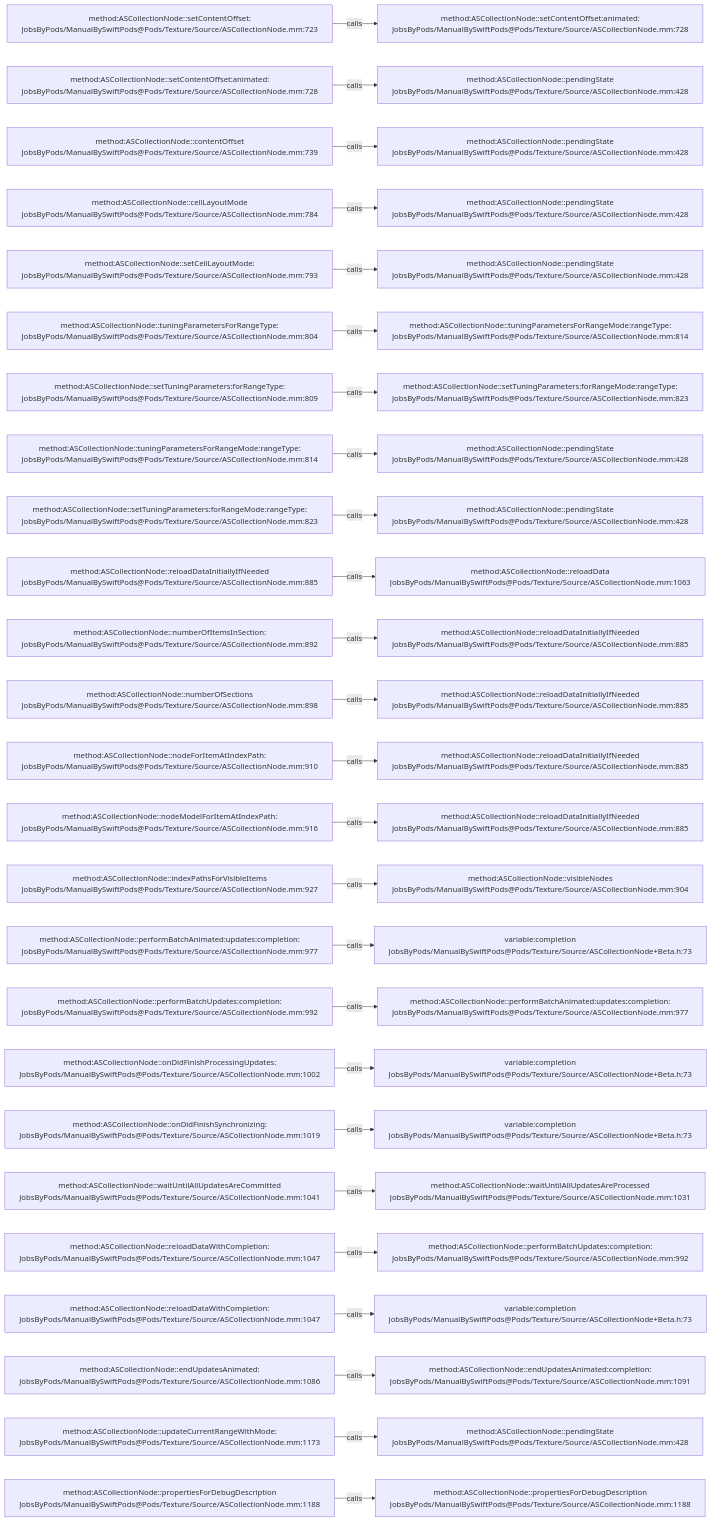
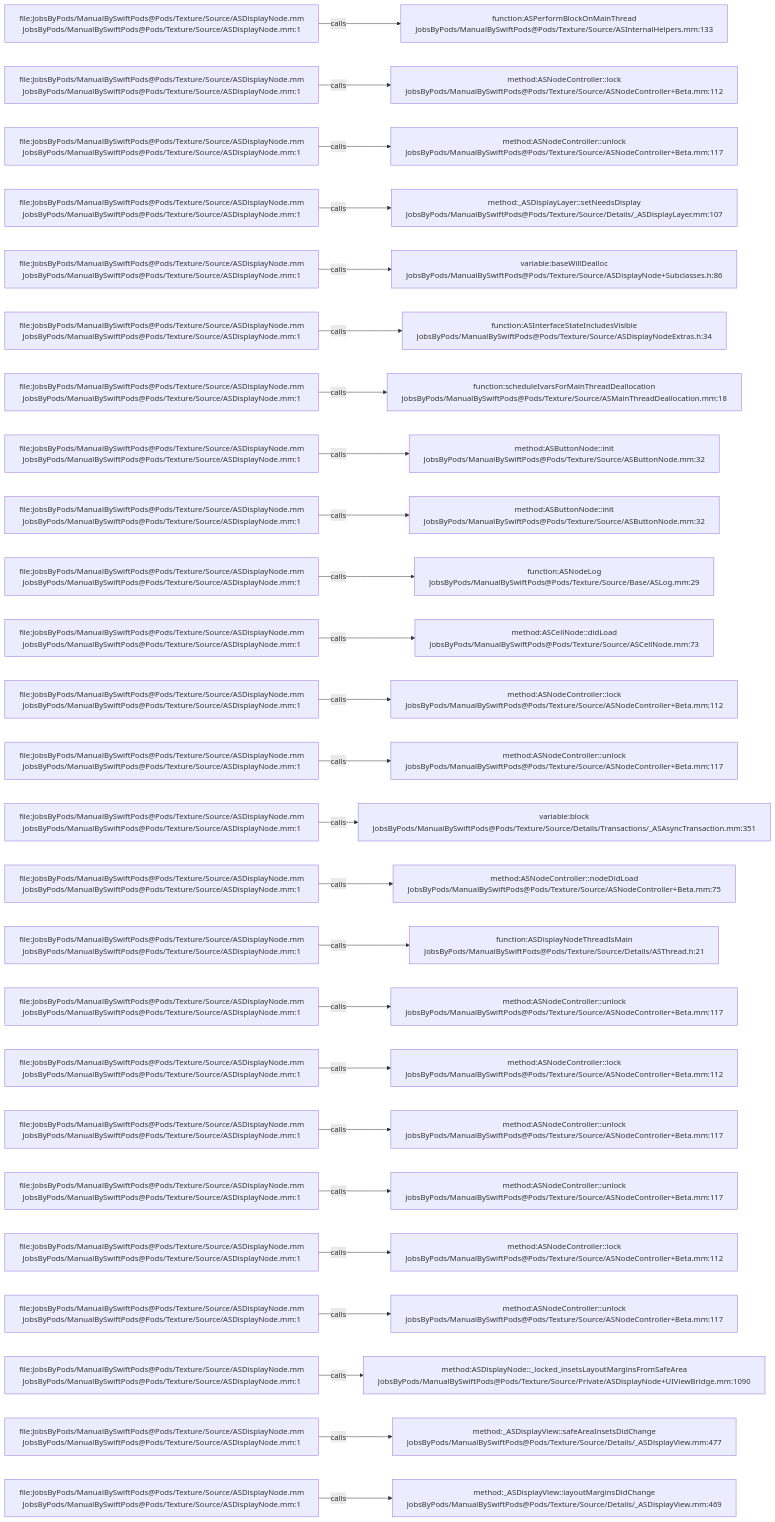
Before and after one commit to JobsKits/JobsSwiftBaseConfigDemo: the diagram in .codegraph/codegraph.md/graphs/calls-028.md, drawn with Mermaid. The commit also changed 832 other files, not shown here.

````diff
--- a/.codegraph/codegraph.md/graphs/calls-028.md
+++ b/.codegraph/codegraph.md/graphs/calls-028.md
@@ -13,78 +13,78 @@
 ```mermaid
 flowchart LR
-  S1["method:ASCollectionNode::setContentOffset:<br/>JobsByPods/ManualBySwiftPods@Pods/Texture/Source/ASCollectionNode.mm:723"]
-  T1["method:ASCollectionNode::setContentOffset:animated:<br/>JobsByPods/ManualBySwiftPods@Pods/Texture/Source/ASCollectionNode.mm:728"]
+  S1["file:JobsByPods/ManualBySwiftPods@Pods/Texture/Source/ASDisplayNode.mm<br/>JobsByPods/ManualBySwiftPods@Pods/Texture/Source/ASDisplayNode.mm:1"]
+  T1["function:ASPerformBlockOnMainThread<br/>JobsByPods/ManualBySwiftPods@Pods/Texture/Source/ASInternalHelpers.mm:133"]
   S1 -->|calls| T1
-  S2["method:ASCollectionNode::setContentOffset:animated:<br/>JobsByPods/ManualBySwiftPods@Pods/Texture/Source/ASCollectionNode.mm:728"]
-  T2["method:ASCollectionNode::pendingState<br/>JobsByPods/ManualBySwiftPods@Pods/Texture/Source/ASCollectionNode.mm:428"]
+  S2["file:JobsByPods/ManualBySwiftPods@Pods/Texture/Source/ASDisplayNode.mm<br/>JobsByPods/ManualBySwiftPods@Pods/Texture/Source/ASDisplayNode.mm:1"]
+  T2["method:ASNodeController::lock<br/>JobsByPods/ManualBySwiftPods@Pods/Texture/Source/ASNodeController+Beta.mm:112"]
   S2 -->|calls| T2
-  S3["method:ASCollectionNode::contentOffset<br/>JobsByPods/ManualBySwiftPods@Pods/Texture/Source/ASCollectionNode.mm:739"]
-  T3["method:ASCollectionNode::pendingState<br/>JobsByPods/ManualBySwiftPods@Pods/Texture/Source/ASCollectionNode.mm:428"]
+  S3["file:JobsByPods/ManualBySwiftPods@Pods/Texture/Source/ASDisplayNode.mm<br/>JobsByPods/ManualBySwiftPods@Pods/Texture/Source/ASDisplayNode.mm:1"]
+  T3["method:ASNodeController::unlock<br/>JobsByPods/ManualBySwiftPods@Pods/Texture/Source/ASNodeController+Beta.mm:117"]
   S3 -->|calls| T3
-  S4["method:ASCollectionNode::cellLayoutMode<br/>JobsByPods/ManualBySwiftPods@Pods/Texture/Source/ASCollectionNode.mm:784"]
-  T4["method:ASCollectionNode::pendingState<br/>JobsByPods/ManualBySwiftPods@Pods/Texture/Source/ASCollectionNode.mm:428"]
+  S4["file:JobsByPods/ManualBySwiftPods@Pods/Texture/Source/ASDisplayNode.mm<br/>JobsByPods/ManualBySwiftPods@Pods/Texture/Source/ASDisplayNode.mm:1"]
+  T4["method:_ASDisplayLayer::setNeedsDisplay<br/>JobsByPods/ManualBySwiftPods@Pods/Texture/Source/Details/_ASDisplayLayer.mm:107"]
   S4 -->|calls| T4
-  S5["method:ASCollectionNode::setCellLayoutMode:<br/>JobsByPods/ManualBySwiftPods@Pods/Texture/Source/ASCollectionNode.mm:793"]
-  T5["method:ASCollectionNode::pendingState<br/>JobsByPods/ManualBySwiftPods@Pods/Texture/Source/ASCollectionNode.mm:428"]
+  S5["file:JobsByPods/ManualBySwiftPods@Pods/Texture/Source/ASDisplayNode.mm<br/>JobsByPods/ManualBySwiftPods@Pods/Texture/Source/ASDisplayNode.mm:1"]
+  T5["variable:baseWillDealloc<br/>JobsByPods/ManualBySwiftPods@Pods/Texture/Source/ASDisplayNode+Subclasses.h:86"]
   S5 -->|calls| T5
-  S6["method:ASCollectionNode::tuningParametersForRangeType:<br/>JobsByPods/ManualBySwiftPods@Pods/Texture/Source/ASCollectionNode.mm:804"]
-  T6["method:ASCollectionNode::tuningParametersForRangeMode:rangeType:<br/>JobsByPods/ManualBySwiftPods@Pods/Texture/Source/ASCollectionNode.mm:814"]
+  S6["file:JobsByPods/ManualBySwiftPods@Pods/Texture/Source/ASDisplayNode.mm<br/>JobsByPods/ManualBySwiftPods@Pods/Texture/Source/ASDisplayNode.mm:1"]
+  T6["function:ASInterfaceStateIncludesVisible<br/>JobsByPods/ManualBySwiftPods@Pods/Texture/Source/ASDisplayNodeExtras.h:34"]
   S6 -->|calls| T6
-  S7["method:ASCollectionNode::setTuningParameters:forRangeType:<br/>JobsByPods/ManualBySwiftPods@Pods/Texture/Source/ASCollectionNode.mm:809"]
-  T7["method:ASCollectionNode::setTuningParameters:forRangeMode:rangeType:<br/>JobsByPods/ManualBySwiftPods@Pods/Texture/Source/ASCollectionNode.mm:823"]
+  S7["file:JobsByPods/ManualBySwiftPods@Pods/Texture/Source/ASDisplayNode.mm<br/>JobsByPods/ManualBySwiftPods@Pods/Texture/Source/ASDisplayNode.mm:1"]
+  T7["function:scheduleIvarsForMainThreadDeallocation<br/>JobsByPods/ManualBySwiftPods@Pods/Texture/Source/ASMainThreadDeallocation.mm:18"]
   S7 -->|calls| T7
-  S8["method:ASCollectionNode::tuningParametersForRangeMode:rangeType:<br/>JobsByPods/ManualBySwiftPods@Pods/Texture/Source/ASCollectionNode.mm:814"]
-  T8["method:ASCollectionNode::pendingState<br/>JobsByPods/ManualBySwiftPods@Pods/Texture/Source/ASCollectionNode.mm:428"]
+  S8["file:JobsByPods/ManualBySwiftPods@Pods/Texture/Source/ASDisplayNode.mm<br/>JobsByPods/ManualBySwiftPods@Pods/Texture/Source/ASDisplayNode.mm:1"]
+  T8["method:ASButtonNode::init<br/>JobsByPods/ManualBySwiftPods@Pods/Texture/Source/ASButtonNode.mm:32"]
   S8 -->|calls| T8
-  S9["method:ASCollectionNode::setTuningParameters:forRangeMode:rangeType:<br/>JobsByPods/ManualBySwiftPods@Pods/Texture/Source/ASCollectionNode.mm:823"]
-  T9["method:ASCollectionNode::pendingState<br/>JobsByPods/ManualBySwiftPods@Pods/Texture/Source/ASCollectionNode.mm:428"]
+  S9["file:JobsByPods/ManualBySwiftPods@Pods/Texture/Source/ASDisplayNode.mm<br/>JobsByPods/ManualBySwiftPods@Pods/Texture/Source/ASDisplayNode.mm:1"]
+  T9["method:ASButtonNode::init<br/>JobsByPods/ManualBySwiftPods@Pods/Texture/Source/ASButtonNode.mm:32"]
   S9 -->|calls| T9
-  S10["method:ASCollectionNode::reloadDataInitiallyIfNeeded<br/>JobsByPods/ManualBySwiftPods@Pods/Texture/Source/ASCollectionNode.mm:885"]
-  T10["method:ASCollectionNode::reloadData<br/>JobsByPods/ManualBySwiftPods@Pods/Texture/Source/ASCollectionNode.mm:1063"]
+  S10["file:JobsByPods/ManualBySwiftPods@Pods/Texture/Source/ASDisplayNode.mm<br/>JobsByPods/ManualBySwiftPods@Pods/Texture/Source/ASDisplayNode.mm:1"]
+  T10["function:ASNodeLog<br/>JobsByPods/ManualBySwiftPods@Pods/Texture/Source/Base/ASLog.mm:29"]
   S10 -->|calls| T10
-  S11["method:ASCollectionNode::numberOfItemsInSection:<br/>JobsByPods/ManualBySwiftPods@Pods/Texture/Source/ASCollectionNode.mm:892"]
-  T11["method:ASCollectionNode::reloadDataInitiallyIfNeeded<br/>JobsByPods/ManualBySwiftPods@Pods/Texture/Source/ASCollectionNode.mm:885"]
+  S11["file:JobsByPods/ManualBySwiftPods@Pods/Texture/Source/ASDisplayNode.mm<br/>JobsByPods/ManualBySwiftPods@Pods/Texture/Source/ASDisplayNode.mm:1"]
+  T11["method:ASCellNode::didLoad<br/>JobsByPods/ManualBySwiftPods@Pods/Texture/Source/ASCellNode.mm:73"]
   S11 -->|calls| T11
-  S12["method:ASCollectionNode::numberOfSections<br/>JobsByPods/ManualBySwiftPods@Pods/Texture/Source/ASCollectionNode.mm:898"]
-  T12["method:ASCollectionNode::reloadDataInitiallyIfNeeded<br/>JobsByPods/ManualBySwiftPods@Pods/Texture/Source/ASCollectionNode.mm:885"]
+  S12["file:JobsByPods/ManualBySwiftPods@Pods/Texture/Source/ASDisplayNode.mm<br/>JobsByPods/ManualBySwiftPods@Pods/Texture/Source/ASDisplayNode.mm:1"]
+  T12["method:ASNodeController::lock<br/>JobsByPods/ManualBySwiftPods@Pods/Texture/Source/ASNodeController+Beta.mm:112"]
   S12 -->|calls| T12
-  S13["method:ASCollectionNode::nodeForItemAtIndexPath:<br/>JobsByPods/ManualBySwiftPods@Pods/Texture/Source/ASCollectionNode.mm:910"]
-  T13["method:ASCollectionNode::reloadDataInitiallyIfNeeded<br/>JobsByPods/ManualBySwiftPods@Pods/Texture/Source/ASCollectionNode.mm:885"]
+  S13["file:JobsByPods/ManualBySwiftPods@Pods/Texture/Source/ASDisplayNode.mm<br/>JobsByPods/ManualBySwiftPods@Pods/Texture/Source/ASDisplayNode.mm:1"]
+  T13["method:ASNodeController::unlock<br/>JobsByPods/ManualBySwiftPods@Pods/Texture/Source/ASNodeController+Beta.mm:117"]
   S13 -->|calls| T13
-  S14["method:ASCollectionNode::nodeModelForItemAtIndexPath:<br/>JobsByPods/ManualBySwiftPods@Pods/Texture/Source/ASCollectionNode.mm:916"]
-  T14["method:ASCollectionNode::reloadDataInitiallyIfNeeded<br/>JobsByPods/ManualBySwiftPods@Pods/Texture/Source/ASCollectionNode.mm:885"]
+  S14["file:JobsByPods/ManualBySwiftPods@Pods/Texture/Source/ASDisplayNode.mm<br/>JobsByPods/ManualBySwiftPods@Pods/Texture/Source/ASDisplayNode.mm:1"]
+  T14["variable:block<br/>JobsByPods/ManualBySwiftPods@Pods/Texture/Source/Details/Transactions/_ASAsyncTransaction.mm:351"]
   S14 -->|calls| T14
-  S15["method:ASCollectionNode::indexPathsForVisibleItems<br/>JobsByPods/ManualBySwiftPods@Pods/Texture/Source/ASCollectionNode.mm:927"]
-  T15["method:ASCollectionNode::visibleNodes<br/>JobsByPods/ManualBySwiftPods@Pods/Texture/Source/ASCollectionNode.mm:904"]
+  S15["file:JobsByPods/ManualBySwiftPods@Pods/Texture/Source/ASDisplayNode.mm<br/>JobsByPods/ManualBySwiftPods@Pods/Texture/Source/ASDisplayNode.mm:1"]
+  T15["method:ASNodeController::nodeDidLoad<br/>JobsByPods/ManualBySwiftPods@Pods/Texture/Source/ASNodeController+Beta.mm:75"]
   S15 -->|calls| T15
-  S16["method:ASCollectionNode::performBatchAnimated:updates:completion:<br/>JobsByPods/ManualBySwiftPods@Pods/Texture/Source/ASCollectionNode.mm:977"]
-  T16["variable:completion<br/>JobsByPods/ManualBySwiftPods@Pods/Texture/Source/ASCollectionNode+Beta.h:73"]
+  S16["file:JobsByPods/ManualBySwiftPods@Pods/Texture/Source/ASDisplayNode.mm<br/>JobsByPods/ManualBySwiftPods@Pods/Texture/Source/ASDisplayNode.mm:1"]
+  T16["function:ASDisplayNodeThreadIsMain<br/>JobsByPods/ManualBySwiftPods@Pods/Texture/Source/Details/ASThread.h:21"]
   S16 -->|calls| T16
-  S17["method:ASCollectionNode::performBatchUpdates:completion:<br/>JobsByPods/ManualBySwiftPods@Pods/Texture/Source/ASCollectionNode.mm:992"]
-  T17["method:ASCollectionNode::performBatchAnimated:updates:completion:<br/>JobsByPods/ManualBySwiftPods@Pods/Texture/Source/ASCollectionNode.mm:977"]
+  S17["file:JobsByPods/ManualBySwiftPods@Pods/Texture/Source/ASDisplayNode.mm<br/>JobsByPods/ManualBySwiftPods@Pods/Texture/Source/ASDisplayNode.mm:1"]
+  T17["method:ASNodeController::unlock<br/>JobsByPods/ManualBySwiftPods@Pods/Texture/Source/ASNodeController+Beta.mm:117"]
   S17 -->|calls| T17
-  S18["method:ASCollectionNode::onDidFinishProcessingUpdates:<br/>JobsByPods/ManualBySwiftPods@Pods/Texture/Source/ASCollectionNode.mm:1002"]
-  T18["variable:completion<br/>JobsByPods/ManualBySwiftPods@Pods/Texture/Source/ASCollectionNode+Beta.h:73"]
+  S18["file:JobsByPods/ManualBySwiftPods@Pods/Texture/Source/ASDisplayNode.mm<br/>JobsByPods/ManualBySwiftPods@Pods/Texture/Source/ASDisplayNode.mm:1"]
+  T18["method:ASNodeController::lock<br/>JobsByPods/ManualBySwiftPods@Pods/Texture/Source/ASNodeController+Beta.mm:112"]
   S18 -->|calls| T18
-  S19["method:ASCollectionNode::onDidFinishSynchronizing:<br/>JobsByPods/ManualBySwiftPods@Pods/Texture/Source/ASCollectionNode.mm:1019"]
-  T19["variable:completion<br/>JobsByPods/ManualBySwiftPods@Pods/Texture/Source/ASCollectionNode+Beta.h:73"]
+  S19["file:JobsByPods/ManualBySwiftPods@Pods/Texture/Source/ASDisplayNode.mm<br/>JobsByPods/ManualBySwiftPods@Pods/Texture/Source/ASDisplayNode.mm:1"]
+  T19["method:ASNodeController::unlock<br/>JobsByPods/ManualBySwiftPods@Pods/Texture/Source/ASNodeController+Beta.mm:117"]
   S19 -->|calls| T19
-  S20["method:ASCollectionNode::waitUntilAllUpdatesAreCommitted<br/>JobsByPods/ManualBySwiftPods@Pods/Texture/Source/ASCollectionNode.mm:1041"]
-  T20["method:ASCollectionNode::waitUntilAllUpdatesAreProcessed<br/>JobsByPods/ManualBySwiftPods@Pods/Texture/Source/ASCollectionNode.mm:1031"]
+  S20["file:JobsByPods/ManualBySwiftPods@Pods/Texture/Source/ASDisplayNode.mm<br/>JobsByPods/ManualBySwiftPods@Pods/Texture/Source/ASDisplayNode.mm:1"]
+  T20["method:ASNodeController::unlock<br/>JobsByPods/ManualBySwiftPods@Pods/Texture/Source/ASNodeController+Beta.mm:117"]
   S20 -->|calls| T20
-  S21["method:ASCollectionNode::reloadDataWithCompletion:<br/>JobsByPods/ManualBySwiftPods@Pods/Texture/Source/ASCollectionNode.mm:1047"]
-  T21["method:ASCollectionNode::performBatchUpdates:completion:<br/>JobsByPods/ManualBySwiftPods@Pods/Texture/Source/ASCollectionNode.mm:992"]
+  S21["file:JobsByPods/ManualBySwiftPods@Pods/Texture/Source/ASDisplayNode.mm<br/>JobsByPods/ManualBySwiftPods@Pods/Texture/Source/ASDisplayNode.mm:1"]
+  T21["method:ASNodeController::lock<br/>JobsByPods/ManualBySwiftPods@Pods/Texture/Source/ASNodeController+Beta.mm:112"]
   S21 -->|calls| T21
-  S22["method:ASCollectionNode::reloadDataWithCompletion:<br/>JobsByPods/ManualBySwiftPods@Pods/Texture/Source/ASCollectionNode.mm:1047"]
-  T22["variable:completion<br/>JobsByPods/ManualBySwiftPods@Pods/Texture/Source/ASCollectionNode+Beta.h:73"]
+  S22["file:JobsByPods/ManualBySwiftPods@Pods/Texture/Source/ASDisplayNode.mm<br/>JobsByPods/ManualBySwiftPods@Pods/Texture/Source/ASDisplayNode.mm:1"]
+  T22["method:ASNodeController::unlock<br/>JobsByPods/ManualBySwiftPods@Pods/Texture/Source/ASNodeController+Beta.mm:117"]
   S22 -->|calls| T22
-  S23["method:ASCollectionNode::endUpdatesAnimated:<br/>JobsByPods/ManualBySwiftPods@Pods/Texture/Source/ASCollectionNode.mm:1086"]
-  T23["method:ASCollectionNode::endUpdatesAnimated:completion:<br/>JobsByPods/ManualBySwiftPods@Pods/Texture/Source/ASCollectionNode.mm:1091"]
+  S23["file:JobsByPods/ManualBySwiftPods@Pods/Texture/Source/ASDisplayNode.mm<br/>JobsByPods/ManualBySwiftPods@Pods/Texture/Source/ASDisplayNode.mm:1"]
+  T23["method:ASDisplayNode::_locked_insetsLayoutMarginsFromSafeArea<br/>JobsByPods/ManualBySwiftPods@Pods/Texture/Source/Private/ASDisplayNode+UIViewBridge.mm:1090"]
   S23 -->|calls| T23
-  S24["method:ASCollectionNode::updateCurrentRangeWithMode:<br/>JobsByPods/ManualBySwiftPods@Pods/Texture/Source/ASCollectionNode.mm:1173"]
-  T24["method:ASCollectionNode::pendingState<br/>JobsByPods/ManualBySwiftPods@Pods/Texture/Source/ASCollectionNode.mm:428"]
+  S24["file:JobsByPods/ManualBySwiftPods@Pods/Texture/Source/ASDisplayNode.mm<br/>JobsByPods/ManualBySwiftPods@Pods/Texture/Source/ASDisplayNode.mm:1"]
+  T24["method:_ASDisplayView::safeAreaInsetsDidChange<br/>JobsByPods/ManualBySwiftPods@Pods/Texture/Source/Details/_ASDisplayView.mm:477"]
   S24 -->|calls| T24
-  S25["method:ASCollectionNode::propertiesForDebugDescription<br/>JobsByPods/ManualBySwiftPods@Pods/Texture/Source/ASCollectionNode.mm:1188"]
-  T25["method:ASCollectionNode::propertiesForDebugDescription<br/>JobsByPods/ManualBySwiftPods@Pods/Texture/Source/ASCollectionNode.mm:1188"]
+  S25["file:JobsByPods/ManualBySwiftPods@Pods/Texture/Source/ASDisplayNode.mm<br/>JobsByPods/ManualBySwiftPods@Pods/Texture/Source/ASDisplayNode.mm:1"]
+  T25["method:_ASDisplayView::layoutMarginsDidChange<br/>JobsByPods/ManualBySwiftPods@Pods/Texture/Source/Details/_ASDisplayView.mm:469"]
   S25 -->|calls| T25
 ```
````
